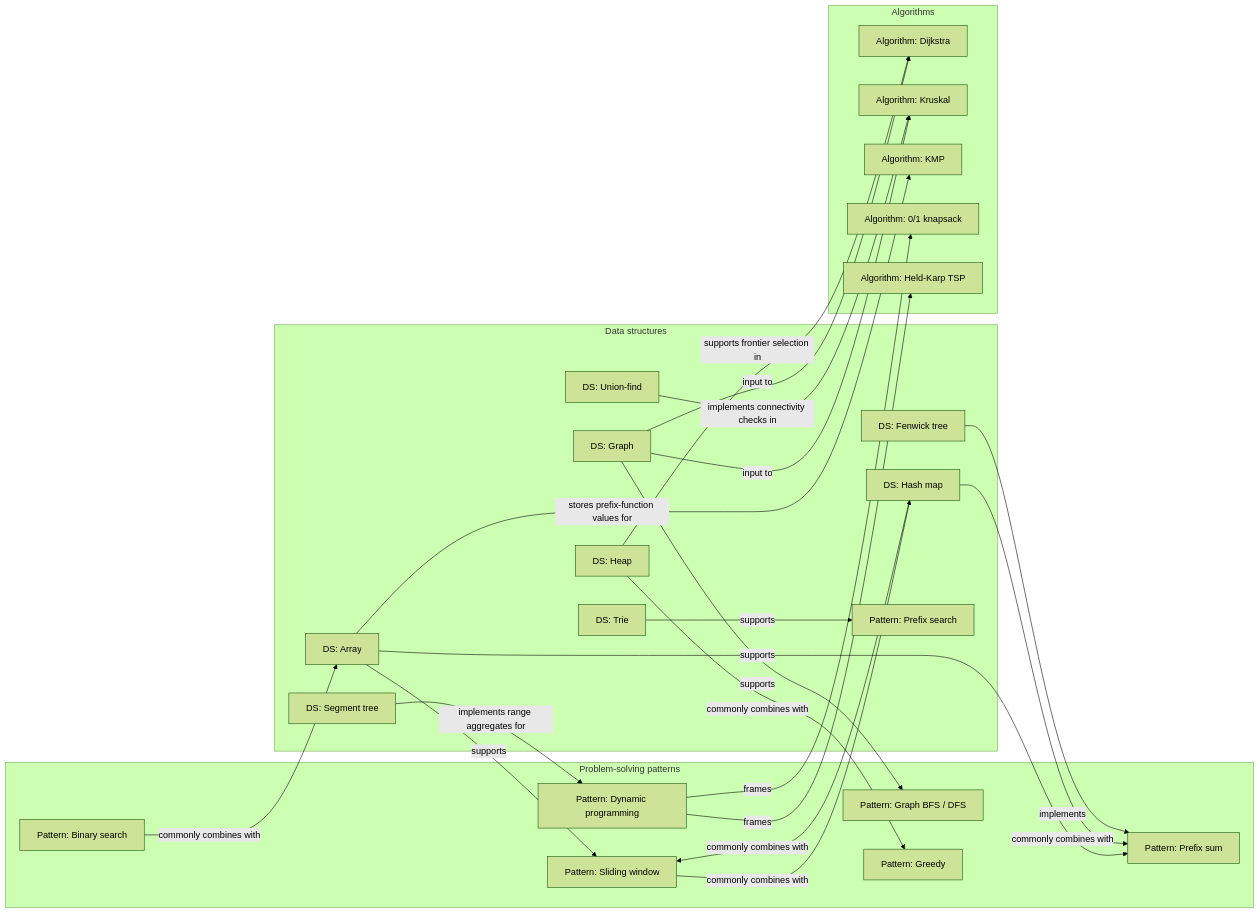
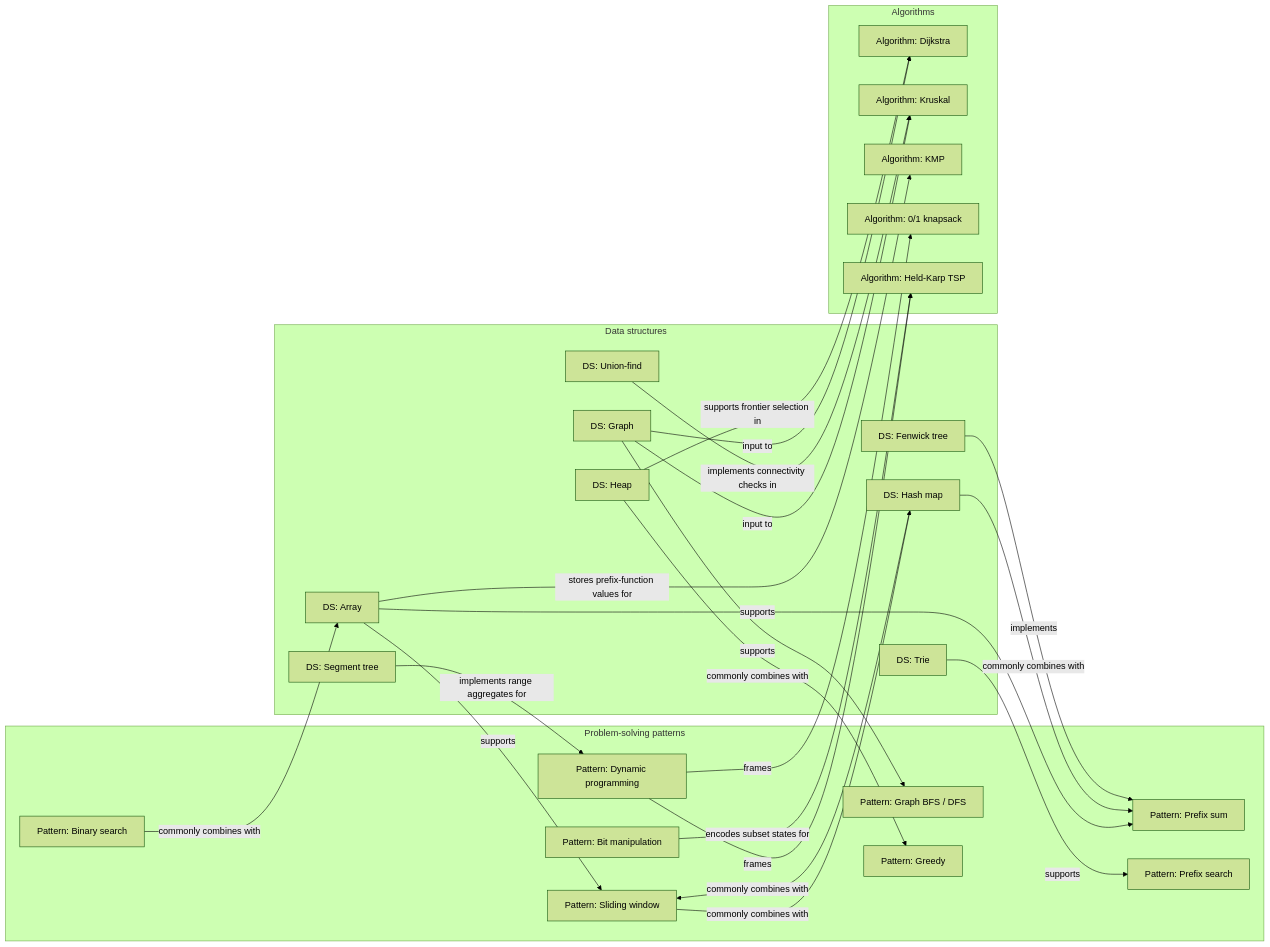
The first of 4 diagrams in diagrams/dsa-relationships.md (JT2M0L3Y/dsa), drawn with Mermaid (forest theme) before and after one commit. The commit also changed other lines of this file and 1 other file, not shown here.

Commit message:
Clarify tree and bitmask diagram labels

````diff
--- a/diagrams/dsa-relationships.md
+++ b/diagrams/dsa-relationships.md
@@ -7,48 +7,50 @@
 ```mermaid
 flowchart LR
     subgraph DS[Data structures]
         Array[DS: Array]
         Hash[DS: Hash map]
         Heap[DS: Heap]
         Graph[DS: Graph]
         UnionFind[DS: Union-find]
         Trie[DS: Trie]
         Fenwick[DS: Fenwick tree]
         Segment[DS: Segment tree]
-        PrefixSearch[Pattern: Prefix search]
     end
     subgraph Patterns[Problem-solving patterns]
         Window[Pattern: Sliding window]
         Prefix[Pattern: Prefix sum]
+        PrefixSearch[Pattern: Prefix search]
+        BitManipulation[Pattern: Bit manipulation]
         BFS[Pattern: Graph BFS / DFS]
         Greedy[Pattern: Greedy]
         DP[Pattern: Dynamic programming]
         Binary[Pattern: Binary search]
     end
     subgraph Algorithms[Algorithms]
         Dijkstra[Algorithm: Dijkstra]
         Kruskal[Algorithm: Kruskal]
         KMP[Algorithm: KMP]
         Knapsack[Algorithm: 0/1 knapsack]
         TSP[Algorithm: Held-Karp TSP]
     end
 
     Array -->|supports| Window
     Array -->|supports| Prefix
     Hash -->|commonly combines with| Window
     Hash -->|commonly combines with| Prefix
     Heap -->|commonly combines with| Greedy
     Graph -->|supports| BFS
     Graph -->|input to| Dijkstra
     Graph -->|input to| Kruskal
     UnionFind -->|implements connectivity checks in| Kruskal
     Trie -->|supports| PrefixSearch
     Array -->|stores prefix-function values for| KMP
     Fenwick -->|implements| Prefix
     Segment -->|implements range aggregates for| DP
     Binary -->|commonly combines with| Array
     DP -->|frames| Knapsack
     DP -->|frames| TSP
+    BitManipulation -->|encodes subset states for| TSP
     Heap -->|supports frontier selection in| Dijkstra
     Window -->|commonly combines with| Hash
 ```
````
